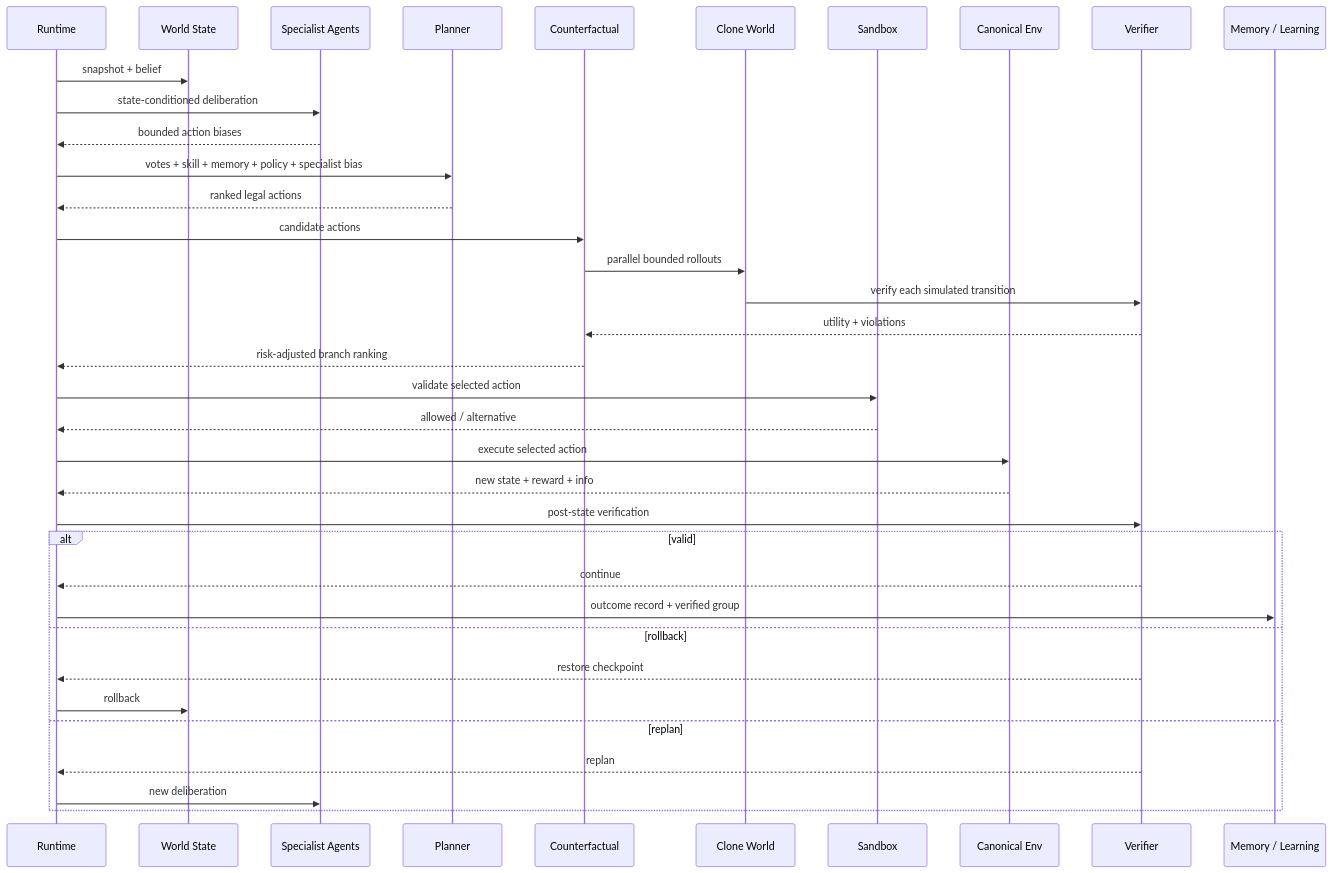
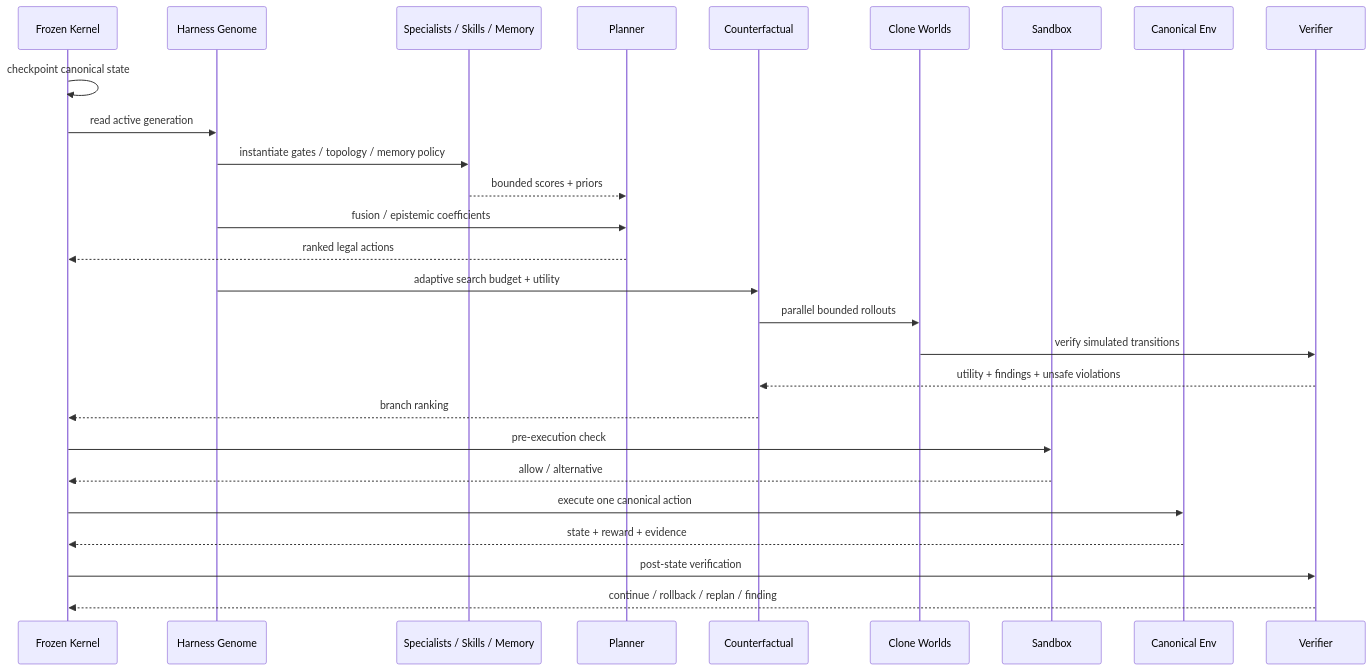
Before and after one commit to jiaweine/lingjing-game-studio: the second of 3 diagrams in README.md, drawn with Mermaid. The commit also changed other lines of this file, not shown here.

Commit message:
Rewrite README around the self-evolving harness runtime

````diff
--- a/README.md
+++ b/README.md
@@ -134,42 +114,30 @@
 ```mermaid
 sequenceDiagram
-    participant R as Runtime
-    participant S as World State
-    participant A as Specialist Agents
+    participant K as Frozen Kernel
+    participant G as Harness Genome
+    participant A as Specialists / Skills / Memory
     participant P as Planner
     participant C as Counterfactual
-    participant X as Clone World
-    participant B as Sandbox
+    participant X as Clone Worlds
+    participant S as Sandbox
     participant E as Canonical Env
     participant V as Verifier
-    participant M as Memory / Learning
 
-    R->>S: snapshot + belief
-    R->>A: state-conditioned deliberation
-    A-->>R: bounded action biases
-    R->>P: votes + skill + memory + policy + specialist bias
-    P-->>R: ranked legal actions
-
-    R->>C: candidate actions
+    K->>K: checkpoint canonical state
+    K->>G: read active generation
+    G->>A: instantiate gates / topology / memory policy
+    A-->>P: bounded scores + priors
+    G->>P: fusion / epistemic coefficients
+    P-->>K: ranked legal actions
+    G->>C: adaptive search budget + utility
     C->>X: parallel bounded rollouts
-    X->>V: verify each simulated transition
-    V-->>C: utility + violations
-    C-->>R: risk-adjusted branch ranking
-
-    R->>B: validate selected action
-    B-->>R: allowed / alternative
-    R->>E: execute selected action
-    E-->>R: new state + reward + info
-    R->>V: post-state verification
-
-    alt valid
-        V-->>R: continue
-        R->>M: outcome record + verified group
-    else rollback
-        V-->>R: restore checkpoint
-        R->>S: rollback
-    else replan
-        V-->>R: replan
-        R->>A: new deliberation
-    end
+    X->>V: verify simulated transitions
+    V-->>C: utility + findings + unsafe violations
+    C-->>K: branch ranking
+    K->>S: pre-execution check
+    S-->>K: allow / alternative
+    K->>E: execute one canonical action
+    E-->>K: state + reward + evidence
+    K->>V: post-state verification
+    V-->>K: continue / rollback / replan / finding
 ```
````
